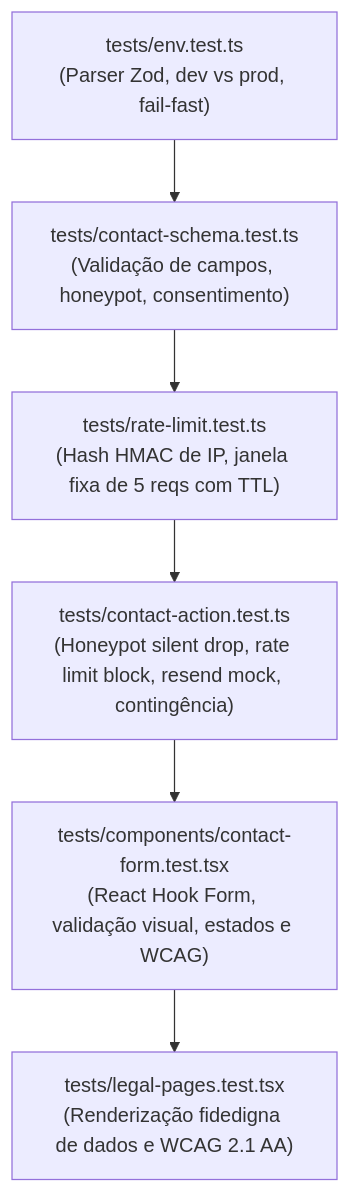
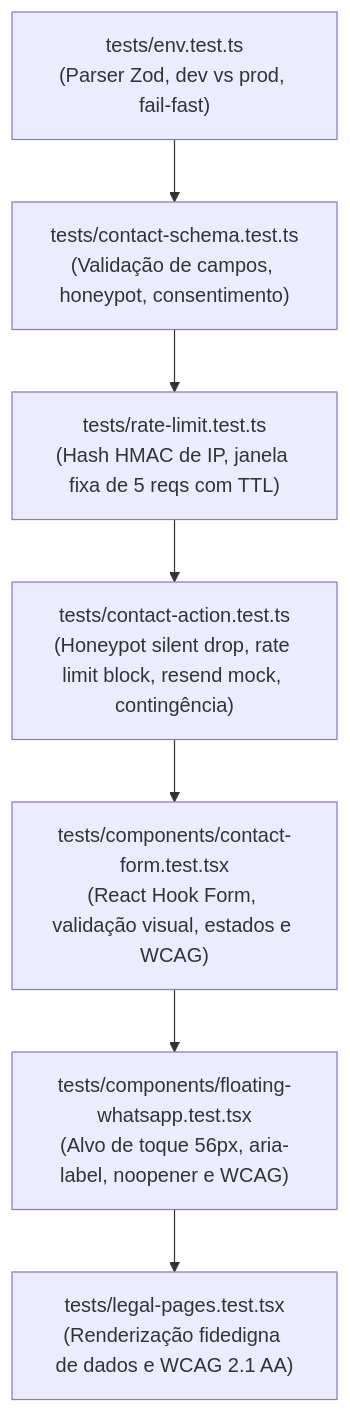
One commit to heviane/institutional-website-template changed the second of 2 diagrams in specs/003-environment-and-contact-form/plan.md. Above: the diagram before and after it, drawn with Mermaid. The commit also changed other lines of this file and 3 other files, not shown here.

````diff
--- a/specs/003-environment-and-contact-form/plan.md
+++ b/specs/003-environment-and-contact-form/plan.md
@@ -250,11 +260,12 @@
 ```mermaid
 flowchart TD
     T1["tests/env.test.ts<br/>(Parser Zod, dev vs prod, fail-fast)"]
     T2["tests/contact-schema.test.ts<br/>(Validação de campos, honeypot, consentimento)"]
     T3["tests/rate-limit.test.ts<br/>(Hash HMAC de IP, janela fixa de 5 reqs com TTL)"]
     T4["tests/contact-action.test.ts<br/>(Honeypot silent drop, rate limit block, resend mock, contingência)"]
     T5["tests/components/contact-form.test.tsx<br/>(React Hook Form, validação visual, estados e WCAG)"]
-    T6["tests/legal-pages.test.tsx<br/>(Renderização fidedigna de dados e WCAG 2.1 AA)"]
+    T6["tests/components/floating-whatsapp.test.tsx<br/>(Alvo de toque 56px, aria-label, noopener e WCAG)"]
+    T7["tests/legal-pages.test.tsx<br/>(Renderização fidedigna de dados e WCAG 2.1 AA)"]
 
-    T1 --> T2 --> T3 --> T4 --> T5 --> T6
+    T1 --> T2 --> T3 --> T4 --> T5 --> T6 --> T7
 ```
````
